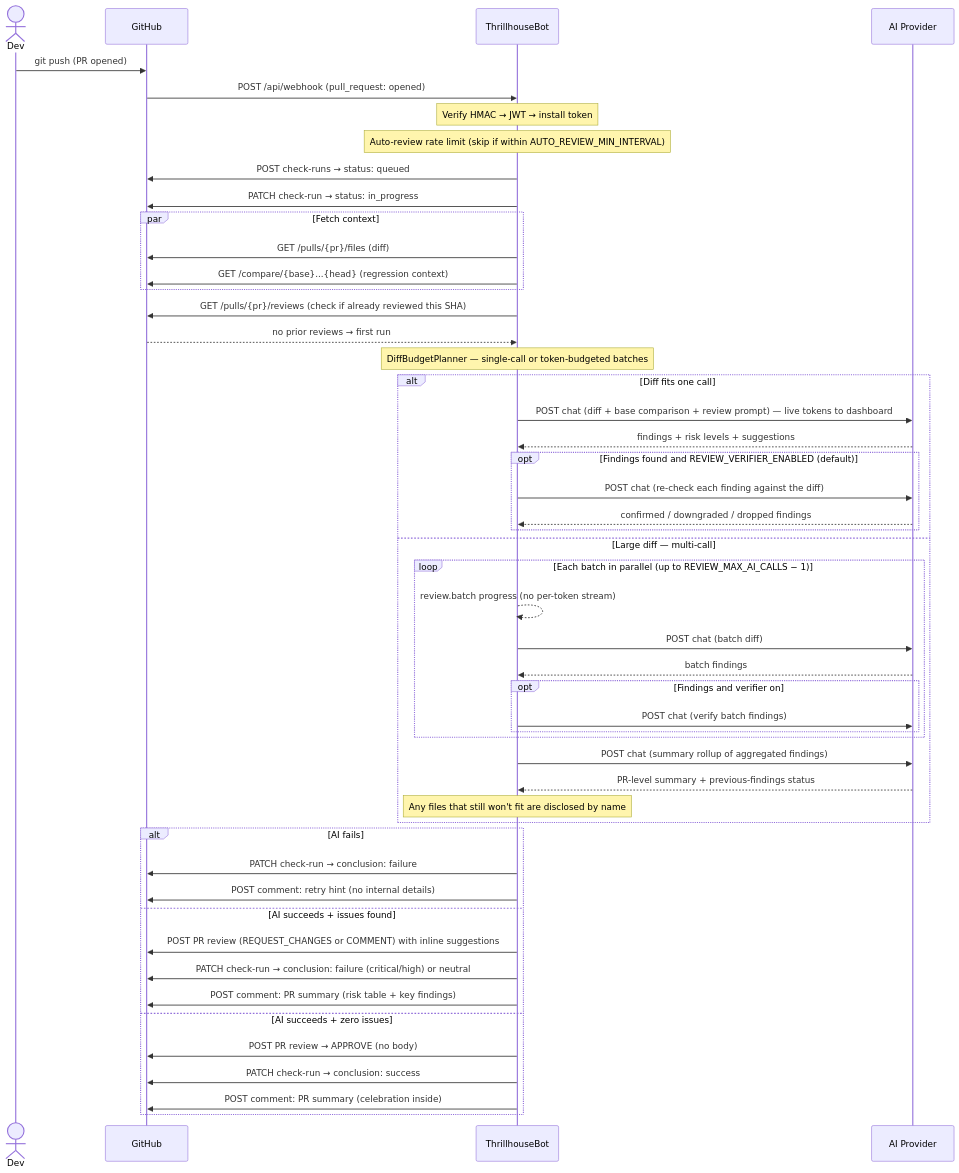
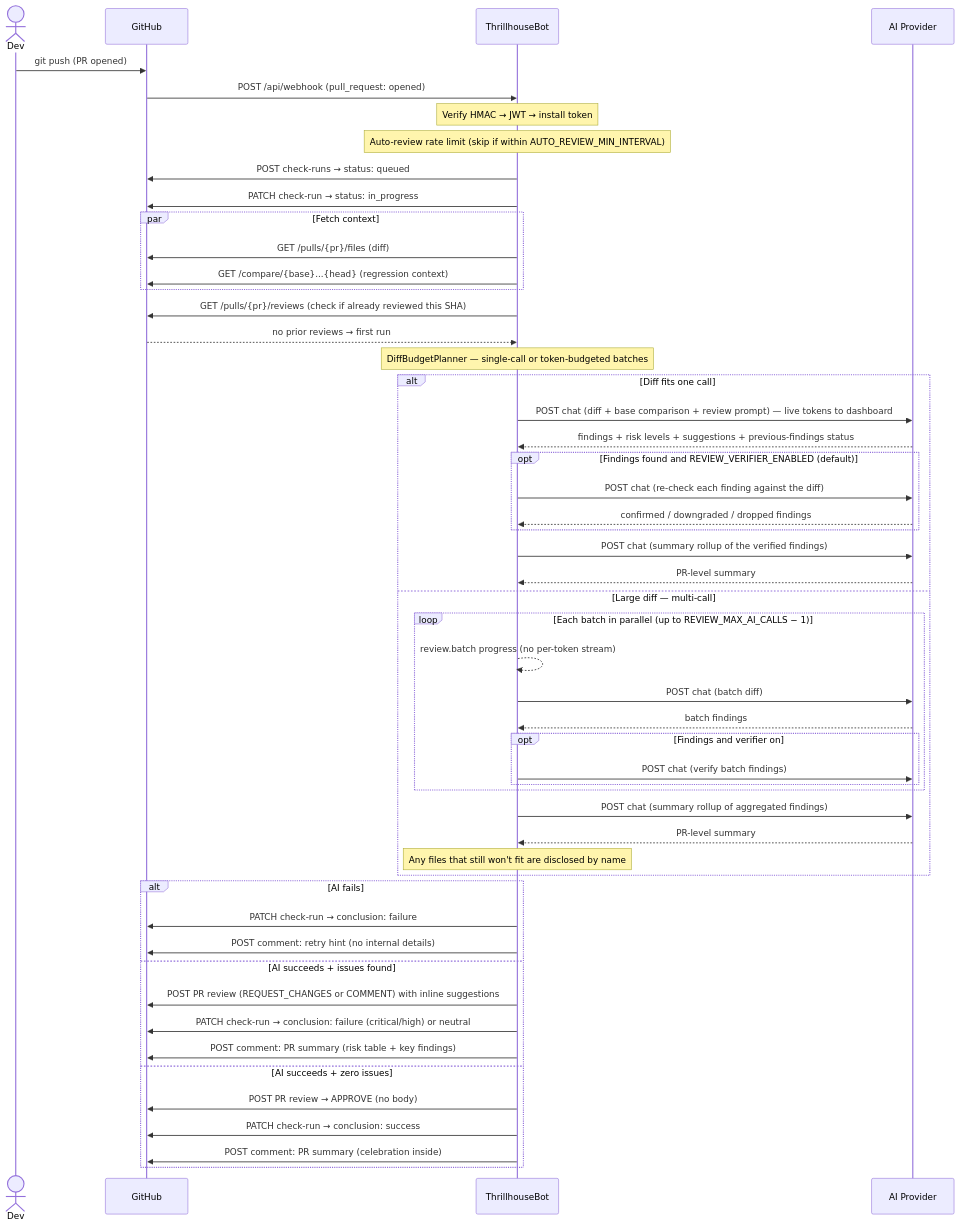
One commit to devops-thiago/ThrillhouseBot changed the third of 6 diagrams in docs/ARCHITECTURE.md. Above: the diagram before and after it, drawn with Mermaid. The commit also changed other lines of this file and 21 other files, not shown here.

````diff
--- a/docs/ARCHITECTURE.md
+++ b/docs/ARCHITECTURE.md
@@ -70,60 +70,62 @@
 ```mermaid
 sequenceDiagram
     actor Dev
     participant GH as GitHub
     participant TB as ThrillhouseBot
     participant AI as AI Provider
 
     Dev->>GH: git push (PR opened)
     GH->>TB: POST /api/webhook (pull_request: opened)
 
     Note over TB: Verify HMAC → JWT → install token
     Note over TB: Auto-review rate limit (skip if within AUTO_REVIEW_MIN_INTERVAL)
 
     TB->>GH: POST check-runs → status: queued
     TB->>GH: PATCH check-run → status: in_progress
 
     par Fetch context
         TB->>GH: GET /pulls/{pr}/files (diff)
         TB->>GH: GET /compare/{base}...{head} (regression context)
     end
 
     TB->>GH: GET /pulls/{pr}/reviews (check if already reviewed this SHA)
     GH-->>TB: no prior reviews → first run
 
     Note over TB: DiffBudgetPlanner — single-call or token-budgeted batches
 
     alt Diff fits one call
         TB->>AI: POST chat (diff + base comparison + review prompt) — live tokens to dashboard
-        AI-->>TB: findings + risk levels + suggestions
+        AI-->>TB: findings + risk levels + suggestions + previous-findings status
         opt Findings found and REVIEW_VERIFIER_ENABLED (default)
             TB->>AI: POST chat (re-check each finding against the diff)
             AI-->>TB: confirmed / downgraded / dropped findings
         end
+        TB->>AI: POST chat (summary rollup of the verified findings)
+        AI-->>TB: PR-level summary
     else Large diff — multi-call
         loop Each batch in parallel (up to REVIEW_MAX_AI_CALLS − 1)
             TB-->>TB: review.batch progress (no per-token stream)
             TB->>AI: POST chat (batch diff)
             AI-->>TB: batch findings
             opt Findings and verifier on
                 TB->>AI: POST chat (verify batch findings)
             end
         end
         TB->>AI: POST chat (summary rollup of aggregated findings)
-        AI-->>TB: PR-level summary + previous-findings status
+        AI-->>TB: PR-level summary
         Note over TB: Any files that still won't fit are disclosed by name
     end
 
     alt AI fails
         TB->>GH: PATCH check-run → conclusion: failure
         TB->>GH: POST comment: retry hint (no internal details)
     else AI succeeds + issues found
         TB->>GH: POST PR review (REQUEST_CHANGES or COMMENT) with inline suggestions
         TB->>GH: PATCH check-run → conclusion: failure (critical/high) or neutral
         TB->>GH: POST comment: PR summary (risk table + key findings)
     else AI succeeds + zero issues
         TB->>GH: POST PR review → APPROVE (no body)
         TB->>GH: PATCH check-run → conclusion: success
         TB->>GH: POST comment: PR summary (celebration inside)
     end
 ```
````
